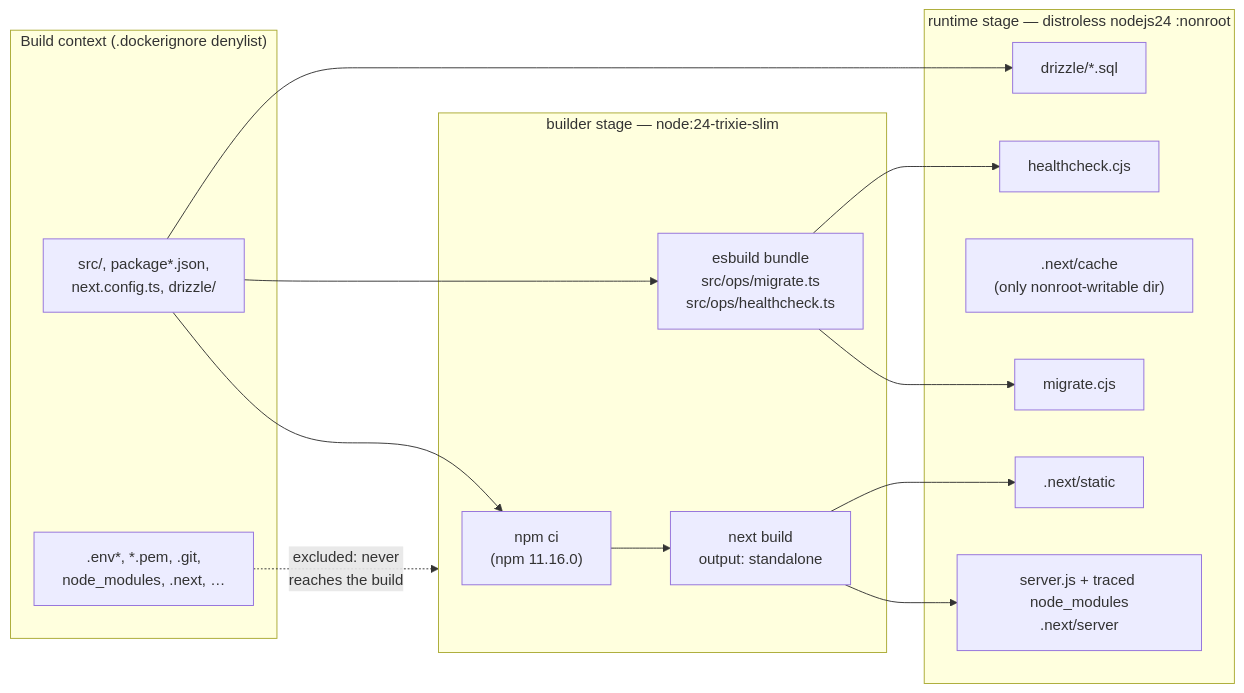
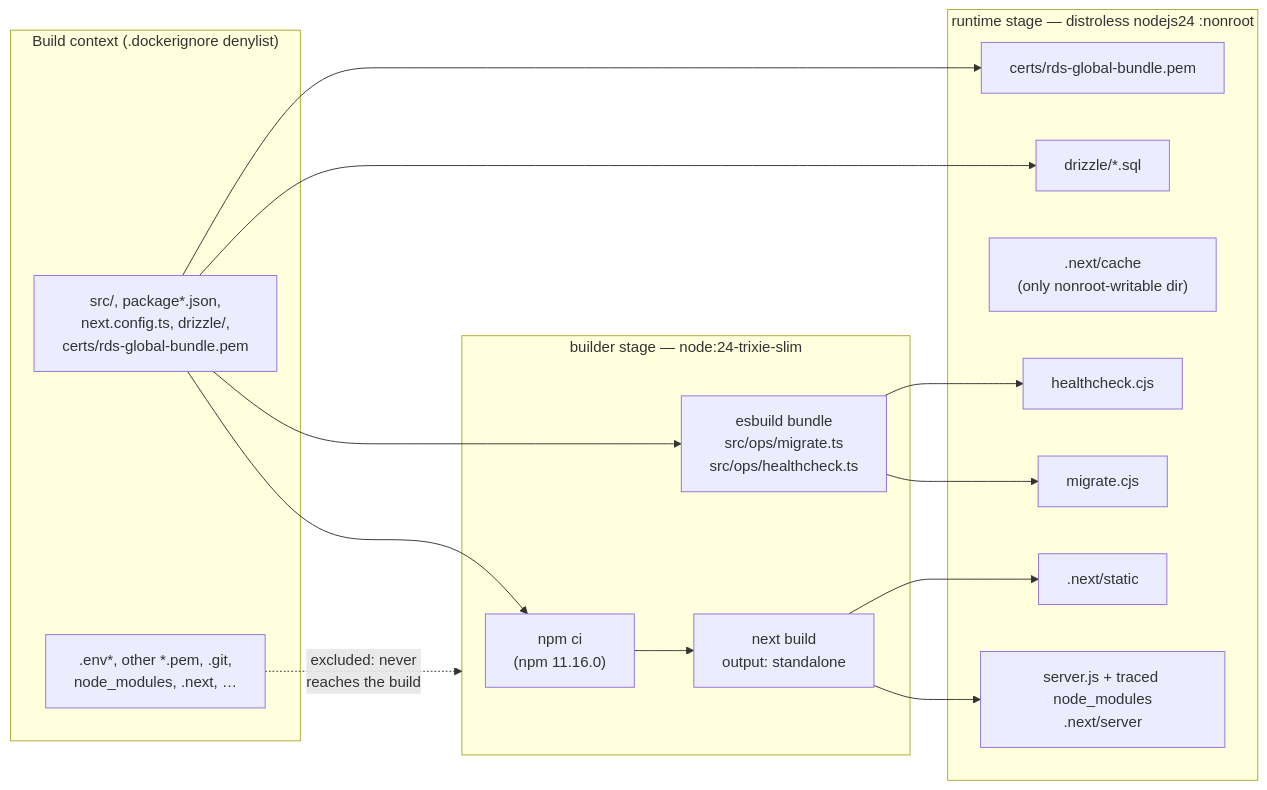
Before and after one commit to sgspinola/pensieve: the first of 2 diagrams in docs/architecture/deployable-image.md, drawn with Mermaid. The commit also changed other lines of this file and 14 other files, not shown here.

````diff
--- a/docs/architecture/deployable-image.md
+++ b/docs/architecture/deployable-image.md
@@ -7,29 +7,31 @@
 ```mermaid
 flowchart LR
     subgraph Context["Build context (.dockerignore denylist)"]
-        Src["src/, package*.json,<br/>next.config.ts, drizzle/"]
-        Env[".env*, *.pem, .git,<br/>node_modules, .next, …"]
+        Src["src/, package*.json,<br/>next.config.ts, drizzle/,<br/>certs/rds-global-bundle.pem"]
+        Env[".env*, other *.pem, .git,<br/>node_modules, .next, …"]
     end
 
     subgraph Builder["builder stage — node:24-trixie-slim"]
         Ci["npm ci<br/>(npm 11.16.0)"]
         Build["next build<br/>output: standalone"]
         Esb["esbuild bundle<br/>src/ops/migrate.ts<br/>src/ops/healthcheck.ts"]
     end
 
     subgraph Runtime["runtime stage — distroless nodejs24 :nonroot"]
         Server["server.js + traced node_modules<br/>.next/server"]
         Static[".next/static"]
         Cache[".next/cache<br/>(only nonroot-writable dir)"]
         Drizzle["drizzle/*.sql"]
         Migrate["migrate.cjs"]
         Health["healthcheck.cjs"]
+        Ca["certs/rds-global-bundle.pem"]
     end
 
     Src --> Ci --> Build --> Server
     Build --> Static
     Src --> Esb --> Migrate
     Esb --> Health
     Src --> Drizzle
+    Src --> Ca
     Env -.->|"excluded: never<br/>reaches the build"| Builder
 ```
````
